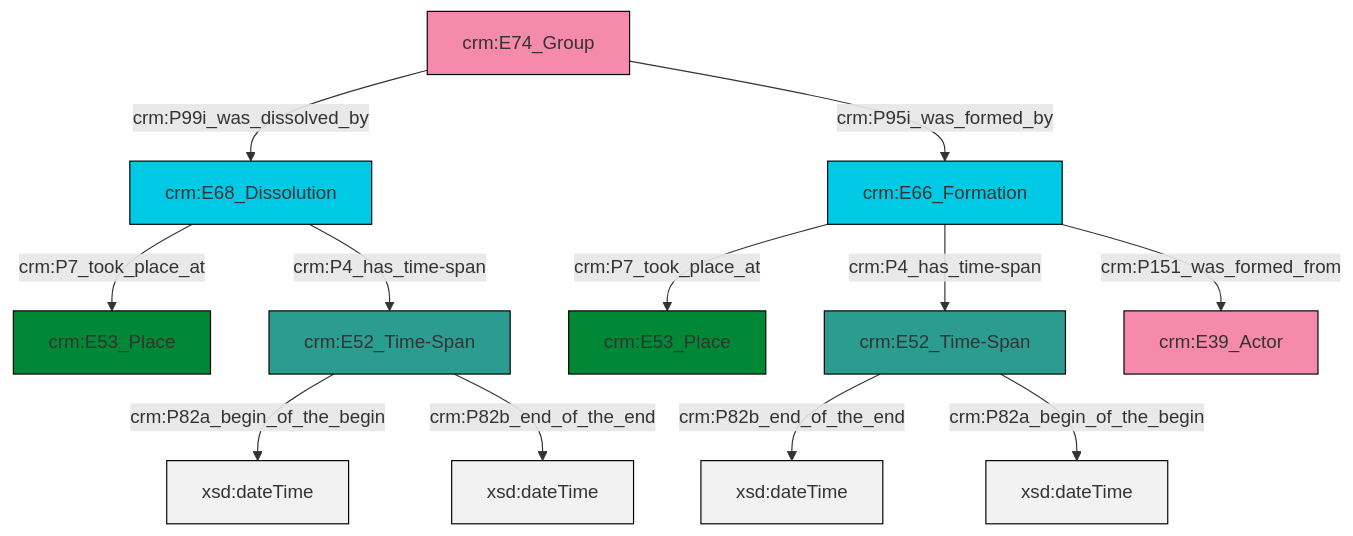
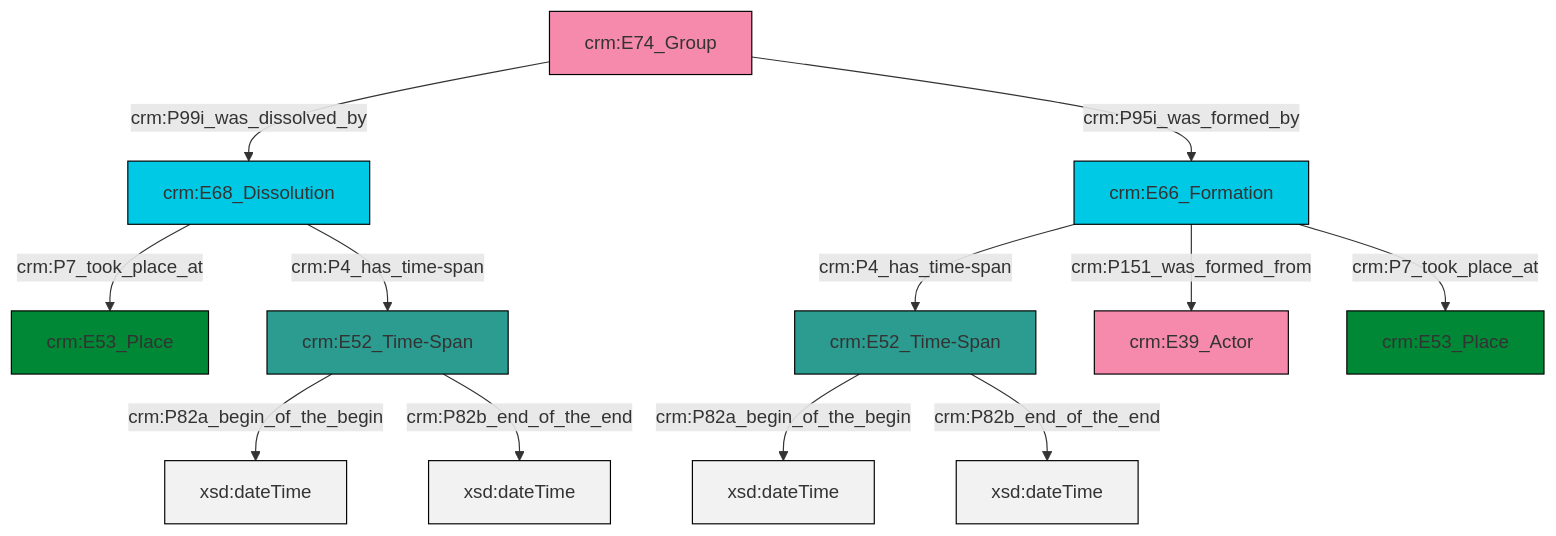
Before and after one commit to swiss-art-research-net/reference-data-models: the diagram in et/groupCSV/ttl/mmd/group_existence.ttl.mmd, drawn with Mermaid. The commit also changed 128 other files, not shown here.

```diff
--- a/et/groupCSV/ttl/mmd/group_existence.ttl.mmd
+++ b/et/groupCSV/ttl/mmd/group_existence.ttl.mmd
@@ -1,26 +1,26 @@
 graph TD
 classDef Literal fill:#f2f2f2,stroke:#000000;
 classDef CRM_Entity fill:#FFFFFF,stroke:#000000;
 classDef Temporal_Entity fill:#00C9E6, stroke:#000000;
 classDef Type fill:#E18312, stroke:#000000;
 classDef Time-Span fill:#2C9C91, stroke:#000000;
 classDef Appellation fill:#FFEB7F, stroke:#000000;
 classDef Place fill:#008836, stroke:#000000;
 classDef Persistent_Item fill:#B266B2, stroke:#000000;
 classDef Conceptual_Object fill:#FFD700, stroke:#000000;
 classDef Physical_Thing fill:#D2B48C, stroke:#000000;
 classDef Actor fill:#f58aad, stroke:#000000;
 classDef PC_Classes fill:#4ce600, stroke:#000000;
 classDef Multi fill:#cccccc,stroke:#000000;
 
-0["crm:E68_Dissolution"]:::Temporal_Entity -->|crm:P7_took_place_at| 2["crm:E53_Place"]:::Place
-3["crm:E52_Time-Span"]:::Time-Span -->|crm:P82b_end_of_the_end| 4[xsd:dateTime]:::Literal
-5["crm:E66_Formation"]:::Temporal_Entity -->|crm:P4_has_time-span| 3["crm:E52_Time-Span"]:::Time-Span
-5["crm:E66_Formation"]:::Temporal_Entity -->|crm:P7_took_place_at| 8["crm:E53_Place"]:::Place
-5["crm:E66_Formation"]:::Temporal_Entity -->|crm:P151_was_formed_from| 11["crm:E39_Actor"]:::Actor
-9["crm:E52_Time-Span"]:::Time-Span -->|crm:P82a_begin_of_the_begin| 14[xsd:dateTime]:::Literal
-6["crm:E74_Group"]:::Actor -->|crm:P99i_was_dissolved_by| 0["crm:E68_Dissolution"]:::Temporal_Entity
-9["crm:E52_Time-Span"]:::Time-Span -->|crm:P82b_end_of_the_end| 16[xsd:dateTime]:::Literal
-6["crm:E74_Group"]:::Actor -->|crm:P95i_was_formed_by| 5["crm:E66_Formation"]:::Temporal_Entity
-0["crm:E68_Dissolution"]:::Temporal_Entity -->|crm:P4_has_time-span| 9["crm:E52_Time-Span"]:::Time-Span
-3["crm:E52_Time-Span"]:::Time-Span -->|crm:P82a_begin_of_the_begin| 19[xsd:dateTime]:::Literal
+0["crm:E52_Time-Span"]:::Time-Span -->|crm:P82a_begin_of_the_begin| 1[xsd:dateTime]:::Literal
+0["crm:E52_Time-Span"]:::Time-Span -->|crm:P82b_end_of_the_end| 2[xsd:dateTime]:::Literal
+3["crm:E66_Formation"]:::Temporal_Entity -->|crm:P4_has_time-span| 4["crm:E52_Time-Span"]:::Time-Span
+3["crm:E66_Formation"]:::Temporal_Entity -->|crm:P151_was_formed_from| 7["crm:E39_Actor"]:::Actor
+10["crm:E68_Dissolution"]:::Temporal_Entity -->|crm:P7_took_place_at| 8["crm:E53_Place"]:::Place
+13["crm:E74_Group"]:::Actor -->|crm:P99i_was_dissolved_by| 10["crm:E68_Dissolution"]:::Temporal_Entity
+4["crm:E52_Time-Span"]:::Time-Span -->|crm:P82a_begin_of_the_begin| 15[xsd:dateTime]:::Literal
+3["crm:E66_Formation"]:::Temporal_Entity -->|crm:P7_took_place_at| 5["crm:E53_Place"]:::Place
+4["crm:E52_Time-Span"]:::Time-Span -->|crm:P82b_end_of_the_end| 16[xsd:dateTime]:::Literal
+10["crm:E68_Dissolution"]:::Temporal_Entity -->|crm:P4_has_time-span| 0["crm:E52_Time-Span"]:::Time-Span
+13["crm:E74_Group"]:::Actor -->|crm:P95i_was_formed_by| 3["crm:E66_Formation"]:::Temporal_Entity
```
